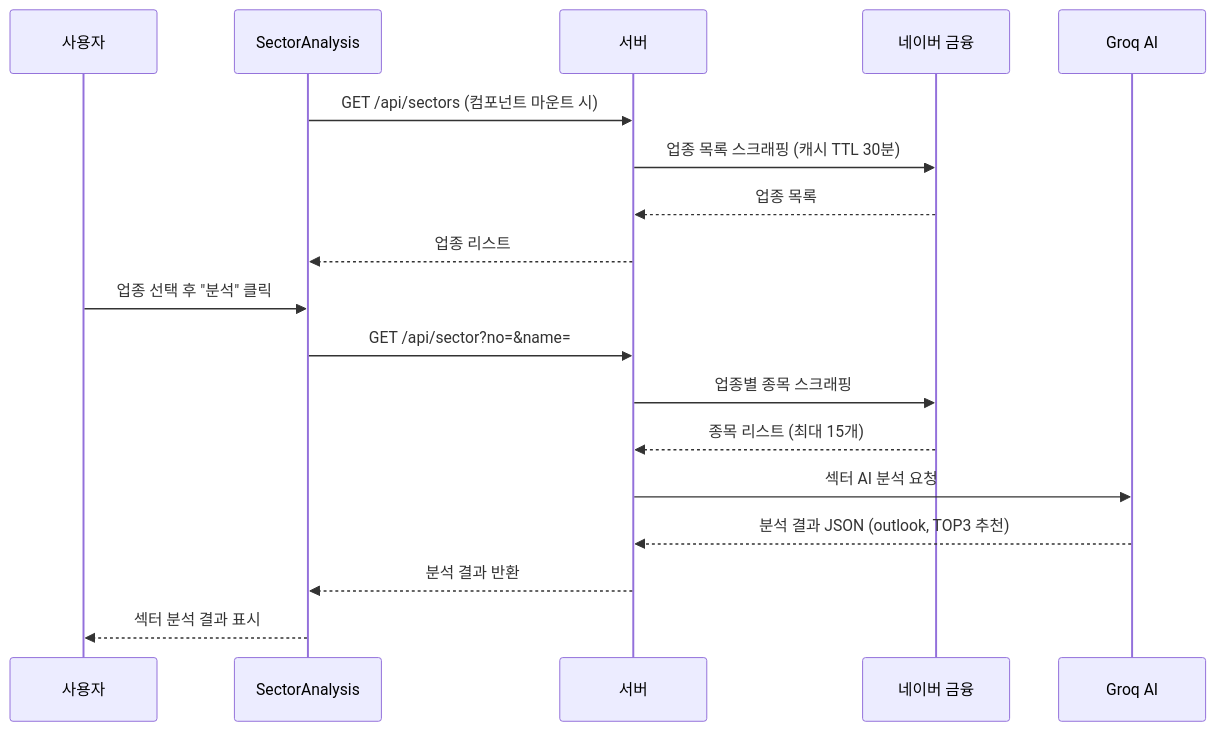
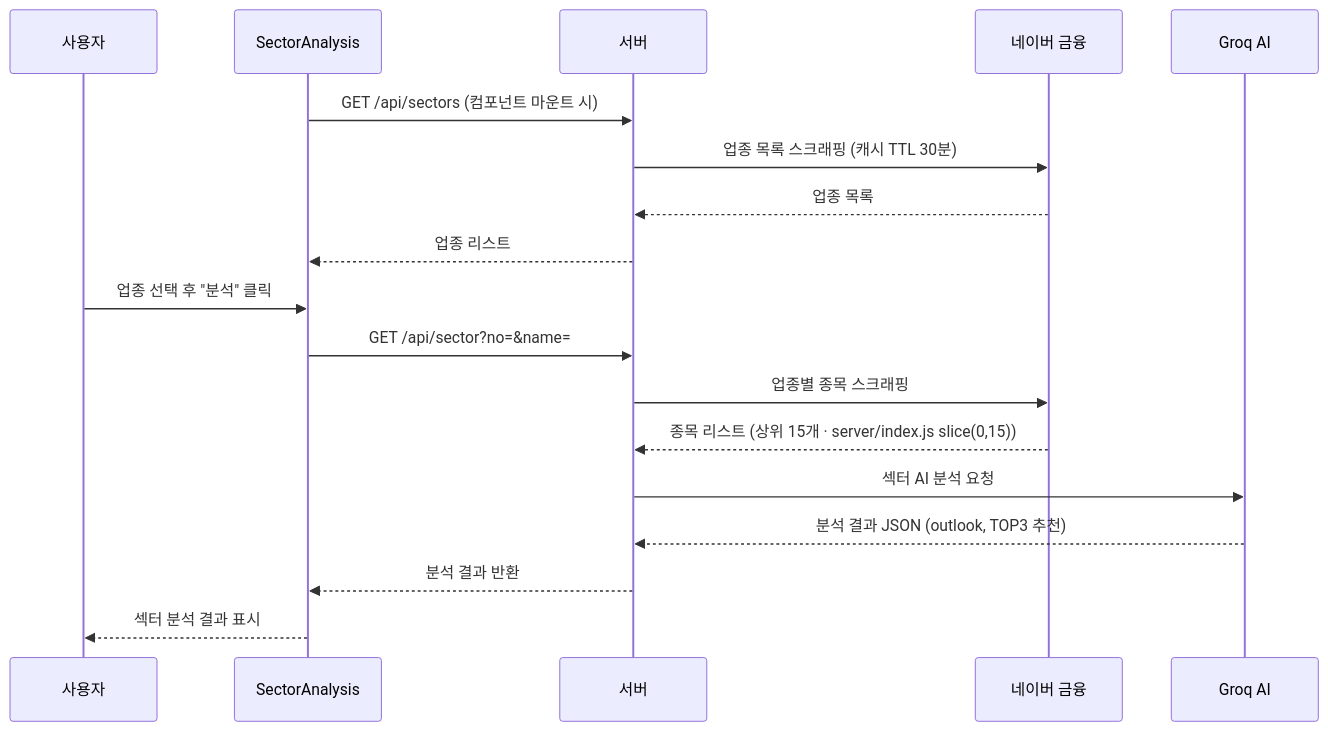
One commit to jasonkim94/stock-agent changed the fifth of 7 diagrams in ARCHITECTURE.md. Above: the diagram before and after it, drawn with Mermaid. The commit also changed other lines of this file, not shown here.

First line of the commit message:
Refine ARCHITECTURE.md: add cache TTL rationale and verify hard limits

````diff
--- a/ARCHITECTURE.md
+++ b/ARCHITECTURE.md
@@ -187,22 +187,22 @@
 ```mermaid
 sequenceDiagram
     participant U as 사용자
     participant C as SectorAnalysis
     participant S as 서버
     participant N as 네이버 금융
     participant G as Groq AI
 
     C->>S: GET /api/sectors (컴포넌트 마운트 시)
     S->>N: 업종 목록 스크래핑 (캐시 TTL 30분)
     N-->>S: 업종 목록
     S-->>C: 업종 리스트
 
     U->>C: 업종 선택 후 "분석" 클릭
     C->>S: GET /api/sector?no=&name=
     S->>N: 업종별 종목 스크래핑
-    N-->>S: 종목 리스트 (최대 15개)
+    N-->>S: 종목 리스트 (상위 15개 · server/index.js slice(0,15))
     S->>G: 섹터 AI 분석 요청
     G-->>S: 분석 결과 JSON (outlook, TOP3 추천)
     S-->>C: 분석 결과 반환
     C-->>U: 섹터 분석 결과 표시
 ```
````
